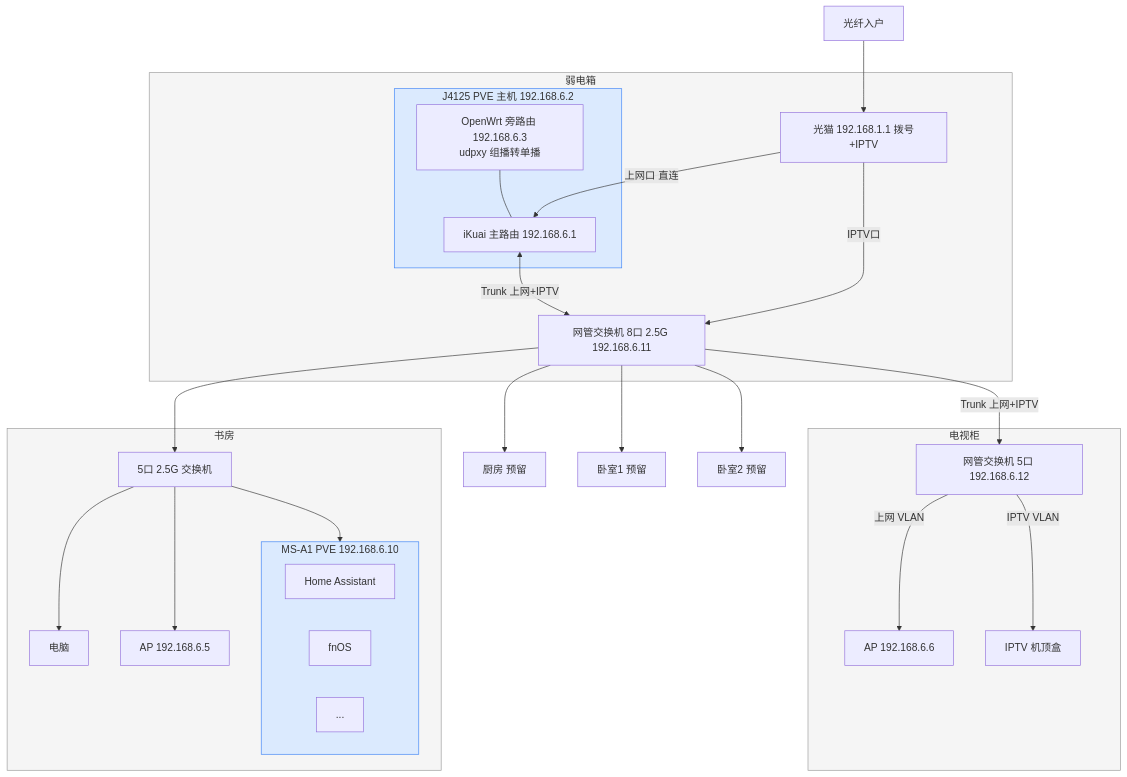
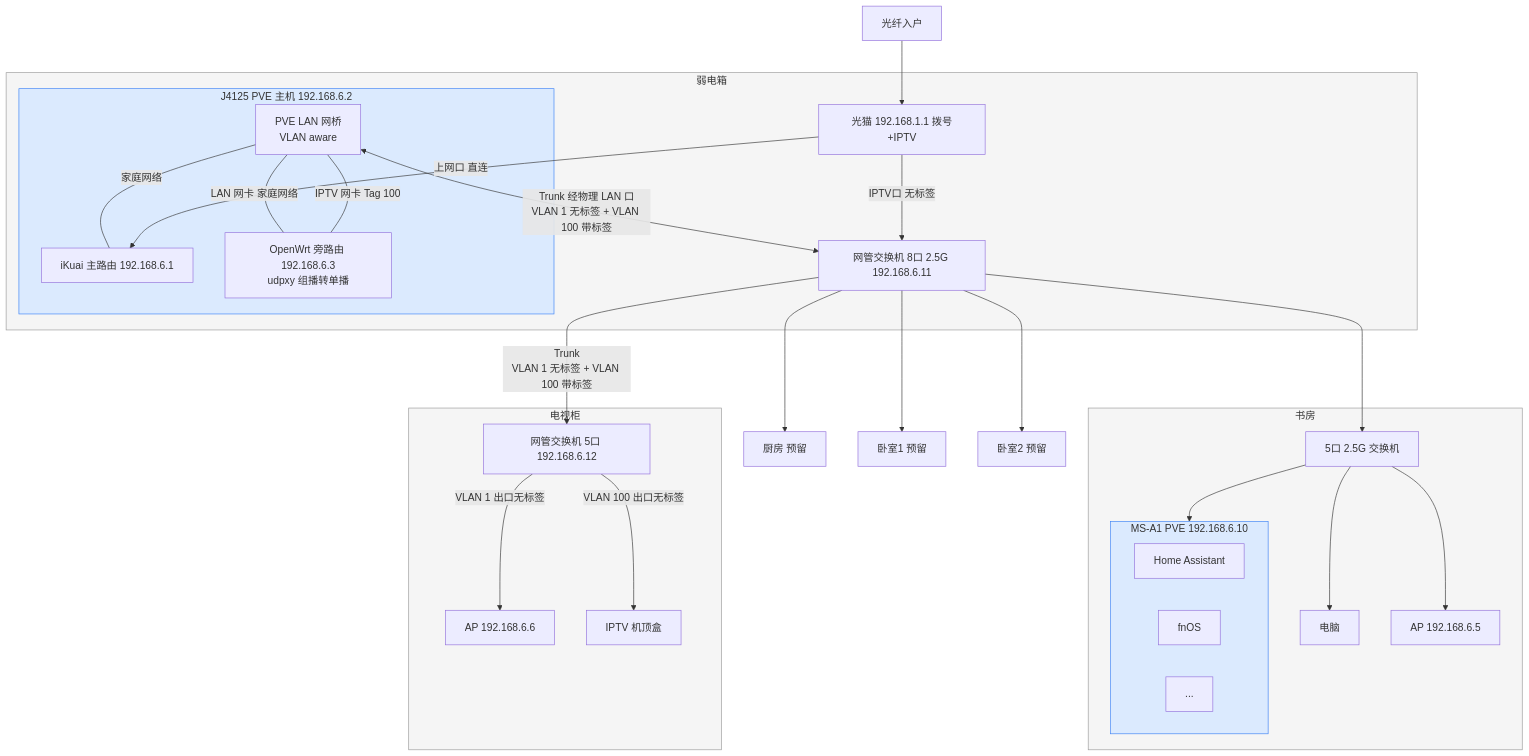
Before and after one commit to arjenzhou/arjenzhou.github.io: the second of 2 diagrams in content/article/2026/09/network-topology-2026.md, drawn with Mermaid. The commit also changed other lines of this file, not shown here.

Commit message:
fix: 修正网络拓扑文章的 IPTV VLAN 与 PVE 配置说明

```diff
--- a/content/article/2026/09/network-topology-2026.md
+++ b/content/article/2026/09/network-topology-2026.md
@@ -85,50 +87,54 @@
 {{< mermaid >}}
 graph TD
     ISP[光纤入户] --> ONT
 
     subgraph 弱电箱
         ONT[光猫 192.168.1.1 拨号+IPTV]
         subgraph J4125[J4125 PVE 主机 192.168.6.2]
             iKuai[iKuai 主路由 192.168.6.1]
-            OpenWrt[OpenWrt 旁路由 192.168.6.3<br/>udpxy 组播转单播] --- iKuai
+            PVEBridge[PVE LAN 网桥<br/>VLAN aware]
+            OpenWrt[OpenWrt 旁路由 192.168.6.3<br/>udpxy 组播转单播]
+            PVEBridge ---|家庭网络| iKuai
+            PVEBridge ---|LAN 网卡 家庭网络| OpenWrt
+            PVEBridge ---|IPTV 网卡 Tag 100| OpenWrt
         end
         SW1[网管交换机 8口 2.5G 192.168.6.11]
         ONT -->|上网口 直连| iKuai
-        ONT -->|IPTV口| SW1
-        iKuai <-->|Trunk 上网+IPTV| SW1
+        ONT -->|IPTV口 无标签| SW1
+        PVEBridge <-->|Trunk 经物理 LAN 口<br/>VLAN 1 无标签 + VLAN 100 带标签| SW1
     end
 
     subgraph 书房
         StudySW[5口 2.5G 交换机]
         PC[电脑]
         StudyAP[AP 192.168.6.5]
         subgraph MSA1[MS-A1 PVE 192.168.6.10]
             HA2[Home Assistant]
             fnOS2[fnOS]
             other2[...]
         end
         StudySW --> PC
         StudySW --> StudyAP
         StudySW --> MSA1
     end
     SW1 --> StudySW
 
     SW1 --> Kitchen[厨房 预留]
     SW1 --> Bed1[卧室1 预留]
     SW1 --> Bed2[卧室2 预留]
 
     subgraph 电视柜
         SW2[网管交换机 5口 192.168.6.12]
         TVAP[AP 192.168.6.6]
         STB[IPTV 机顶盒]
-        SW2 -->|上网 VLAN| TVAP
-        SW2 -->|IPTV VLAN| STB
+        SW2 -->|VLAN 1 出口无标签| TVAP
+        SW2 -->|VLAN 100 出口无标签| STB
     end
-    SW1 -->|Trunk 上网+IPTV| SW2
+    SW1 -->|Trunk<br/>VLAN 1 无标签 + VLAN 100 带标签| SW2
 
     style 弱电箱 fill:#f5f5f5,stroke:#999
     style 书房 fill:#f5f5f5,stroke:#999
     style 电视柜 fill:#f5f5f5,stroke:#999
     style J4125 fill:#dbeafe,stroke:#3b82f6
     style MSA1 fill:#dbeafe,stroke:#3b82f6
 {{< /mermaid >}}
```
